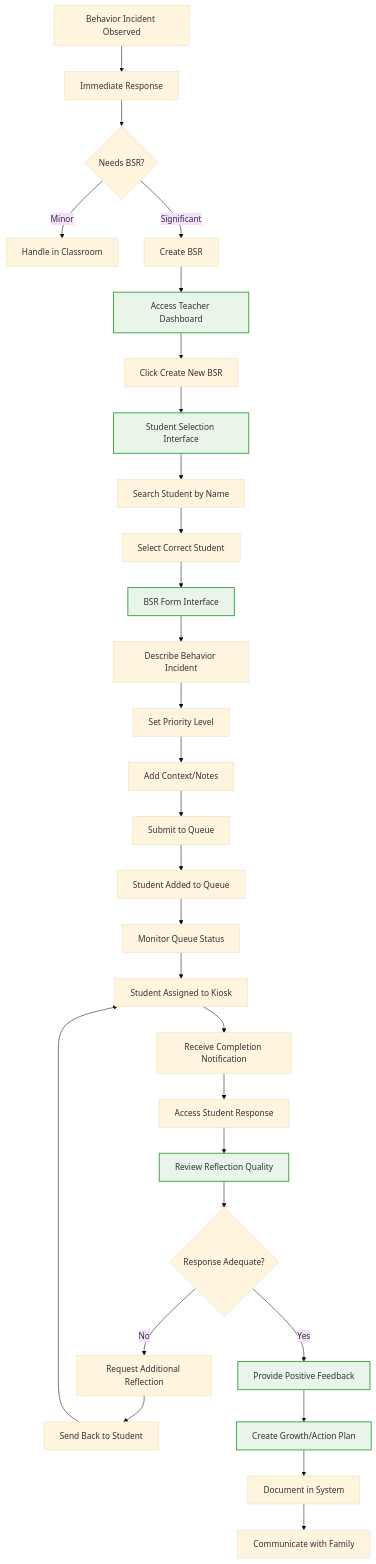
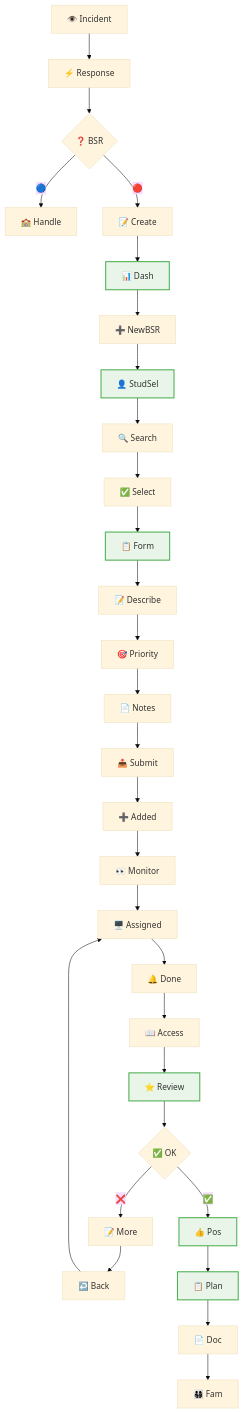
One commit to Splurfa/bx-os changed the second of 5 diagrams in docs/flowcharts/User-Journeys/12-teacher-workflow-journey.md. Above: the diagram before and after it, drawn with Mermaid (base theme). The commit also changed other lines of this file and 4 other files, not shown here.

Commit message:
Fix all flowchart text cutoff

````diff
--- a/docs/flowcharts/User-Journeys/12-teacher-workflow-journey.md
+++ b/docs/flowcharts/User-Journeys/12-teacher-workflow-journey.md
@@ -38,46 +60,46 @@
 ```mermaid
 flowchart TD
-    A[Behavior Incident Observed] --> B[Immediate Response]
-    B --> C{Needs BSR?}
-    C -->|Minor| D[Handle in Classroom]
-    C -->|Significant| E[Create BSR]
+    A[👁️ Incident] --> B[⚡ Response]
+    B --> C{❓ BSR}
+    C -->|🔵| D[🏫 Handle]
+    C -->|🔴| E[📝 Create]
     
-    E --> F[Access Teacher Dashboard]
-    F --> G[Click Create New BSR]
-    G --> H[Student Selection Interface]
+    E --> F[📊 Dash]
+    F --> G[➕ NewBSR]
+    G --> H[👤 StudSel]
     
-    H --> I[Search Student by Name]
-    I --> J[Select Correct Student]
-    J --> K[BSR Form Interface]
+    H --> I[🔍 Search]
+    I --> J[✅ Select]
+    J --> K[📋 Form]
     
-    K --> L[Describe Behavior Incident]
-    L --> M[Set Priority Level]
-    M --> N[Add Context/Notes]
-    N --> O[Submit to Queue]
+    K --> L[📝 Describe]
+    L --> M[🎯 Priority]
+    M --> N[📄 Notes]
+    N --> O[📤 Submit]
     
-    O --> P[Student Added to Queue]
-    P --> Q[Monitor Queue Status]
-    Q --> R[Student Assigned to Kiosk]
+    O --> P[➕ Added]
+    P --> Q[👀 Monitor]
+    Q --> R[🖥️ Assigned]
     
-    R --> S[Receive Completion Notification]
-    S --> T[Access Student Response]
-    T --> U[Review Reflection Quality]
+    R --> S[🔔 Done]
+    S --> T[📖 Access]
+    T --> U[⭐ Review]
     
-    U --> V{Response Adequate?}
-    V -->|No| W[Request Additional Reflection]
-    V -->|Yes| X[Provide Positive Feedback]
+    U --> V{✅ OK}
+    V -->|❌| W[📝 More]
+    V -->|✅| X[👍 Pos]
     
-    W --> Y[Send Back to Student]
+    W --> Y[↩️ Back]
     Y --> R
     
-    X --> Z[Create Growth/Action Plan]
-    Z --> AA[Document in System]
-    AA --> BB[Communicate with Family]
+    X --> Z[📋 Plan]
+    Z --> AA[📄 Doc]
+    AA --> BB[👨‍👩‍👧‍👦 Fam]
     
     style F fill:#e8f5e8,stroke:#4caf50,stroke-width:2px
     style H fill:#e8f5e8,stroke:#4caf50,stroke-width:2px
     style K fill:#e8f5e8,stroke:#4caf50,stroke-width:2px
     style U fill:#e8f5e8,stroke:#4caf50,stroke-width:2px
     style X fill:#e8f5e8,stroke:#4caf50,stroke-width:2px
     style Z fill:#e8f5e8,stroke:#4caf50,stroke-width:2px
 ```
````
